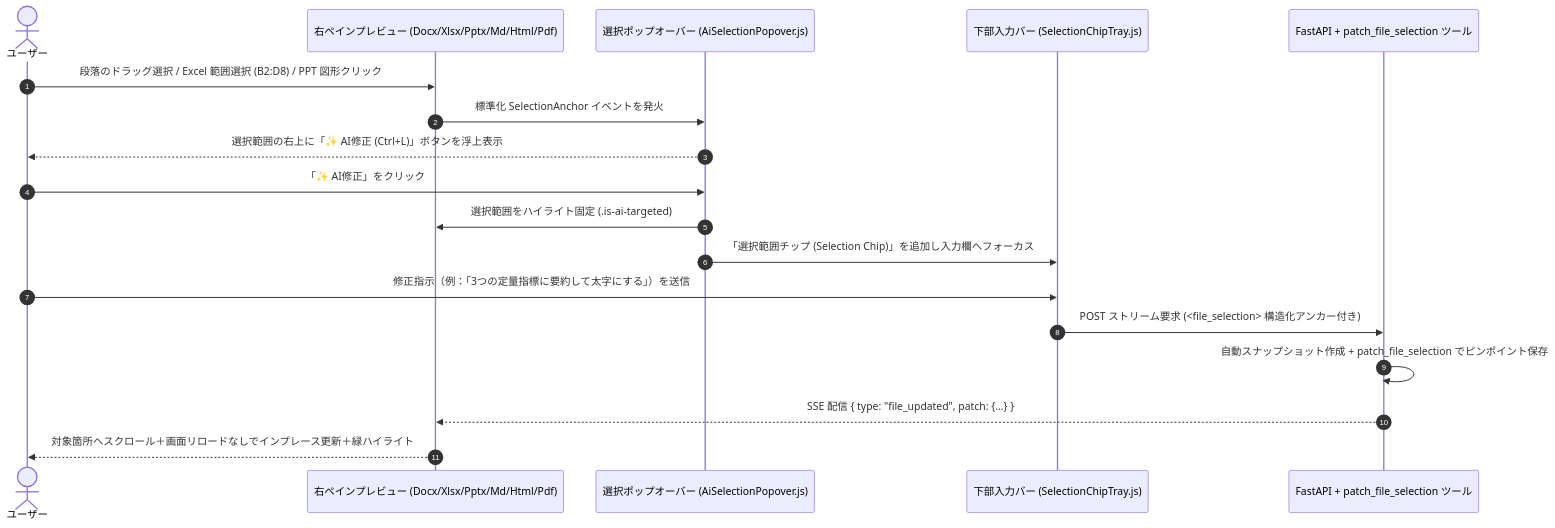
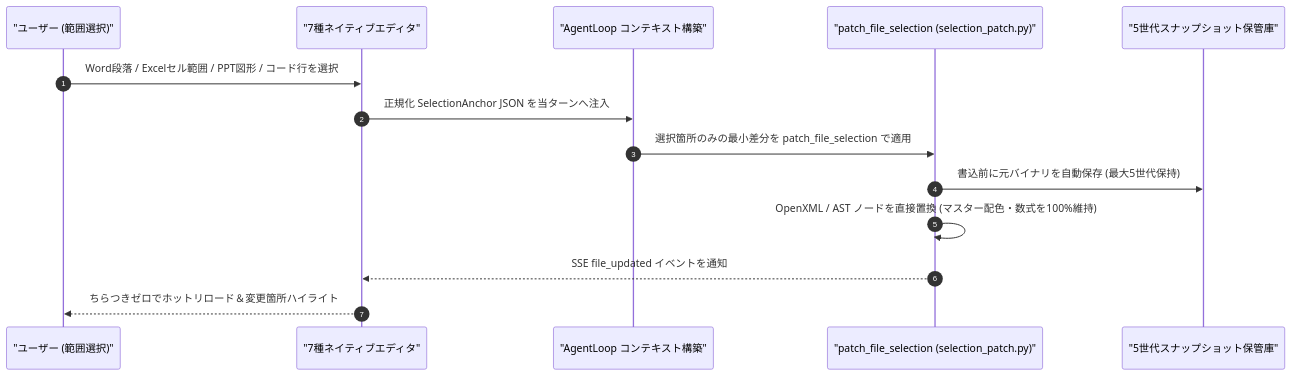
Before and after one commit to HelmAgent/Helm_website: the second of 3 diagrams in docs/ja/architecture/workbench.md, drawn with Mermaid. The commit also changed other lines of this file and 57 other files, not shown here.

Commit message:
docs(architecture): add detailed documentation for the 5-Tier Permission Sandbox, Zero-RTT Intent Engine, and Open Ecosystem; include core modules, empirical evidence, and interactive permission modes for enhanced clarity and functionality

````diff
--- a/docs/ja/architecture/workbench.md
+++ b/docs/ja/architecture/workbench.md
@@ -59,21 +47,17 @@
 ```mermaid
 sequenceDiagram
   autonumber
-  actor User as ユーザー
-  participant Editor as 右ペインプレビュー (Docx/Xlsx/Pptx/Md/Html/Pdf)
-  participant Popover as 選択ポップオーバー (AiSelectionPopover.js)
-  participant Composer as 下部入力バー (SelectionChipTray.js)
-  participant Agent as FastAPI + patch_file_selection ツール
+  participant User as "ユーザー (範囲選択)"
+  participant Editor as "7種ネイティブエディタ"
+  participant Agent as "AgentLoop コンテキスト構築"
+  participant Patch as "patch_file_selection (selection_patch.py)"
+  participant Snap as "5世代スナップショット保管庫"
 
-  User->>Editor: 段落のドラッグ選択 / Excel 範囲選択 (B2:D8) / PPT 図形クリック
-  Editor->>Popover: 標準化 SelectionAnchor イベントを発火
-  Popover-->>User: 選択範囲の右上に「✨ AI修正 (Ctrl+L)」ボタンを浮上表示
-  User->>Popover: 「✨ AI修正」をクリック
-  Popover->>Editor: 選択範囲をハイライト固定 (.is-ai-targeted)
-  Popover->>Composer: 「選択範囲チップ (Selection Chip)」を追加し入力欄へフォーカス
-  User->>Composer: 修正指示（例：「3つの定量指標に要約して太字にする」）を送信
-  Composer->>Agent: POST ストリーム要求 (<file_selection> 構造化アンカー付き)
-  Agent->>Agent: 自動スナップショット作成 + patch_file_selection でピンポイント保存
-  Agent-->>Editor: SSE 配信 { type: "file_updated", patch: {...} }
-  Editor-->>User: 対象箇所へスクロール＋画面リロードなしでインプレース更新＋緑ハイライト
+  User->>Editor: Word段落 / Excelセル範囲 / PPT図形 / コード行を選択
+  Editor->>Agent: 正規化 SelectionAnchor JSON を当ターンへ注入
+  Agent->>Patch: 選択箇所のみの最小差分を patch_file_selection で適用
+  Patch->>Snap: 書込前に元バイナリを自動保存 (最大5世代保持)
+  Patch->>Patch: OpenXML / AST ノードを直接置換 (マスター配色・数式を100%維持)
+  Patch-->>Editor: SSE file_updated イベントを通知
+  Editor-->>User: ちらつきゼロでホットリロード＆変更箇所ハイライト
 ```
````
